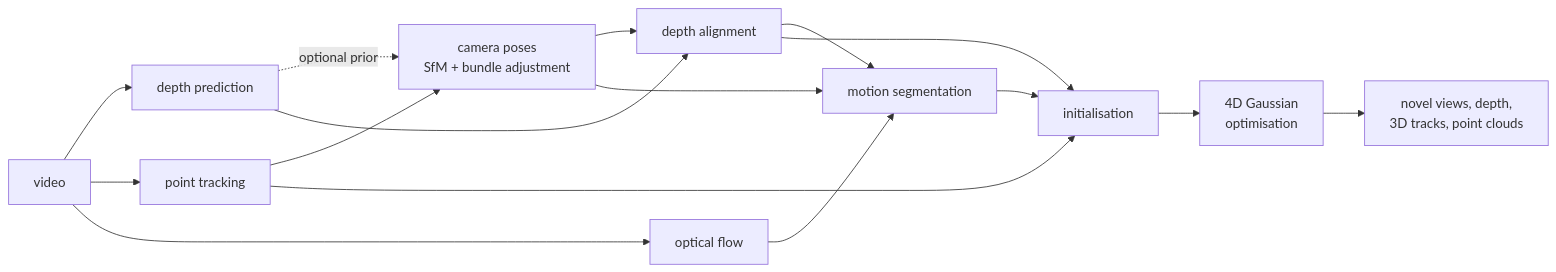
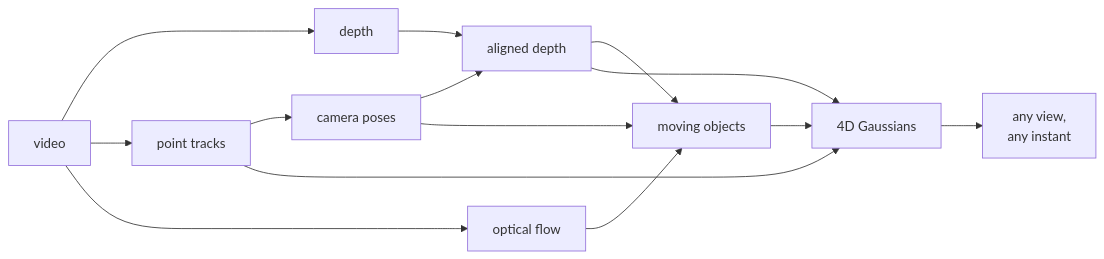
Before and after one commit to francoisbarge8/recon4d: the diagram in README.md, drawn with Mermaid. The commit also changed other lines of this file and 12 other files, not shown here.

````diff
--- a/README.md
+++ b/README.md
@@ -19,18 +40,9 @@
 ```mermaid
 flowchart LR
-    V[video] --> D[depth prediction]
-    V --> T[point tracking]
-    V --> F[optical flow]
-    T --> P[camera poses<br/>SfM + bundle adjustment]
-    D -. optional prior .-> P
-    P --> A[depth alignment]
-    D --> A
-    A --> M[motion segmentation]
-    F --> M
-    P --> M
-    M --> I[initialisation]
-    A --> I
-    T --> I
-    I --> O[4D Gaussian<br/>optimisation]
-    O --> R[novel views, depth,<br/>3D tracks, point clouds]
+    V[video] --> D[depth] & T[point tracks] & F[optical flow]
+    T --> P[camera poses]
+    D & P --> A[aligned depth]
+    A & F & P --> M[moving objects]
+    A & T & M --> O[4D Gaussians]
+    O --> R[any view,<br/>any instant]
 ```
````
